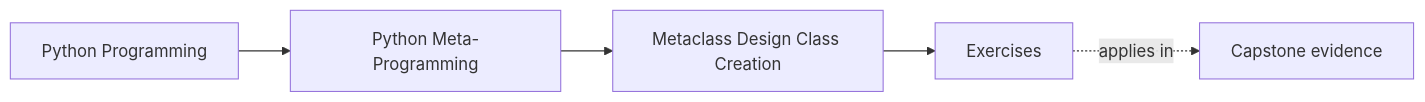
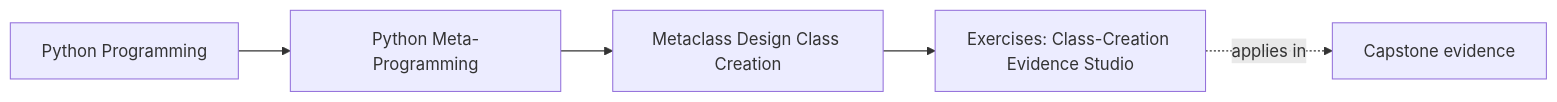
The first of 2 diagrams in programs/python-programming/python-meta-programming/course-book/module-09-metaclass-design-class-creation/exercises.md (bijux/bijux-masterclass), drawn with Mermaid before and after one commit. The commit also changed other lines of this file, not shown here.

Commit message:
docs(module-09): replace prompts with a creation studio

````diff
--- a/programs/python-programming/python-meta-programming/course-book/module-09-metaclass-design-class-creation/exercises.md
+++ b/programs/python-programming/python-meta-programming/course-book/module-09-metaclass-design-class-creation/exercises.md
@@ -7,11 +6,11 @@
 ```mermaid
 graph LR
   family["Python Programming"]
   program["Python Meta-Programming"]
   section["Metaclass Design Class Creation"]
-  page["Exercises"]
+  page["Exercises: Class-Creation Evidence Studio"]
   capstone["Capstone evidence"]
 
   family --> program --> section --> page
   page -.applies in.-> capstone
 ```
````
